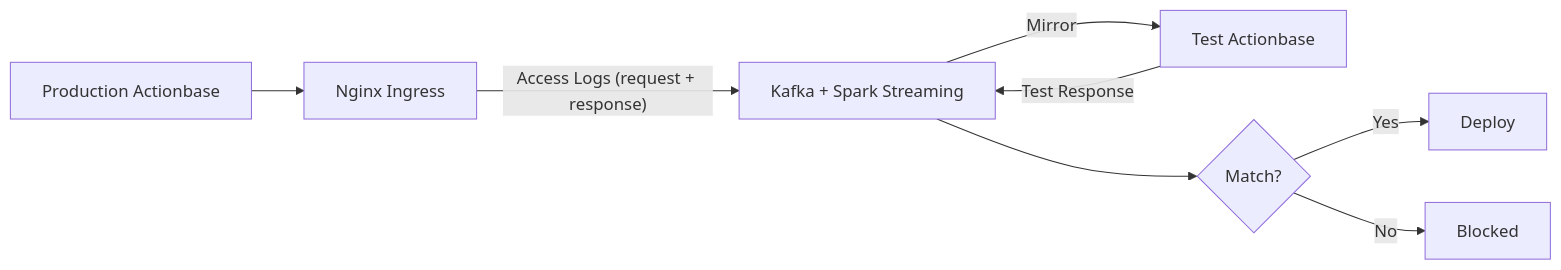
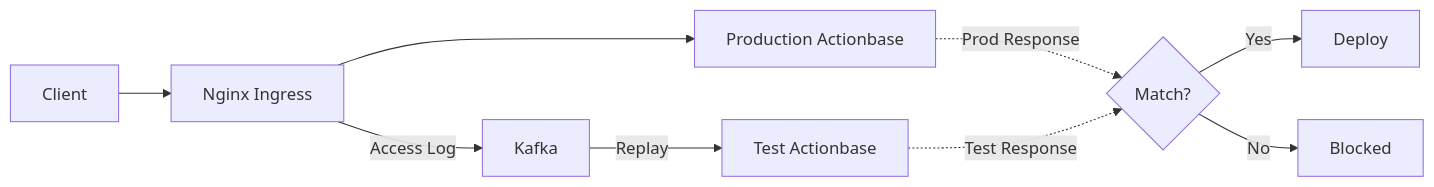
The first of 2 diagrams in website/src/content/docs/ko/stories/shadow-testing.mdx (kakao/actionbase), drawn with Mermaid before and after one commit. The commit also changed other lines of this file and 2 other files, not shown here.

Commit message:
style(website): improve sidebar label hover and active states
- Remove border width change on hover (was jumpy)
- Add text color change on hover
- Fix active state text color for contrast with background

````diff
--- a/website/src/content/docs/ko/stories/shadow-testing.mdx
+++ b/website/src/content/docs/ko/stories/shadow-testing.mdx
@@ -26,10 +26,12 @@
 ```mermaid
 flowchart LR
-    Prod[Production Actionbase] --> Nginx[Nginx Ingress]
-    Nginx -->|"Access Logs (request + response)"| Kafka[Kafka + Spark Streaming]
-    Kafka -->|Mirror| Test[Test Actionbase]
-    Test -->|Test Response| Kafka
-    Kafka --> Verify{Match?}
-    Verify -->|Yes| Deploy[Deploy]
-    Verify -->|No| Block[Blocked]
+    Client[Client] --> Nginx[Nginx Ingress]
+    Nginx --> Prod[Production Actionbase]
+    Nginx -->|Access Log| Kafka[Kafka]
+    Kafka -->|Replay| Test[Test Actionbase]
+
+    Prod -.->|Prod Response| Compare{Match?}
+    Test -.->|Test Response| Compare
+    Compare -->|Yes| Deploy[Deploy]
+    Compare -->|No| Block[Blocked]
 ```
````
